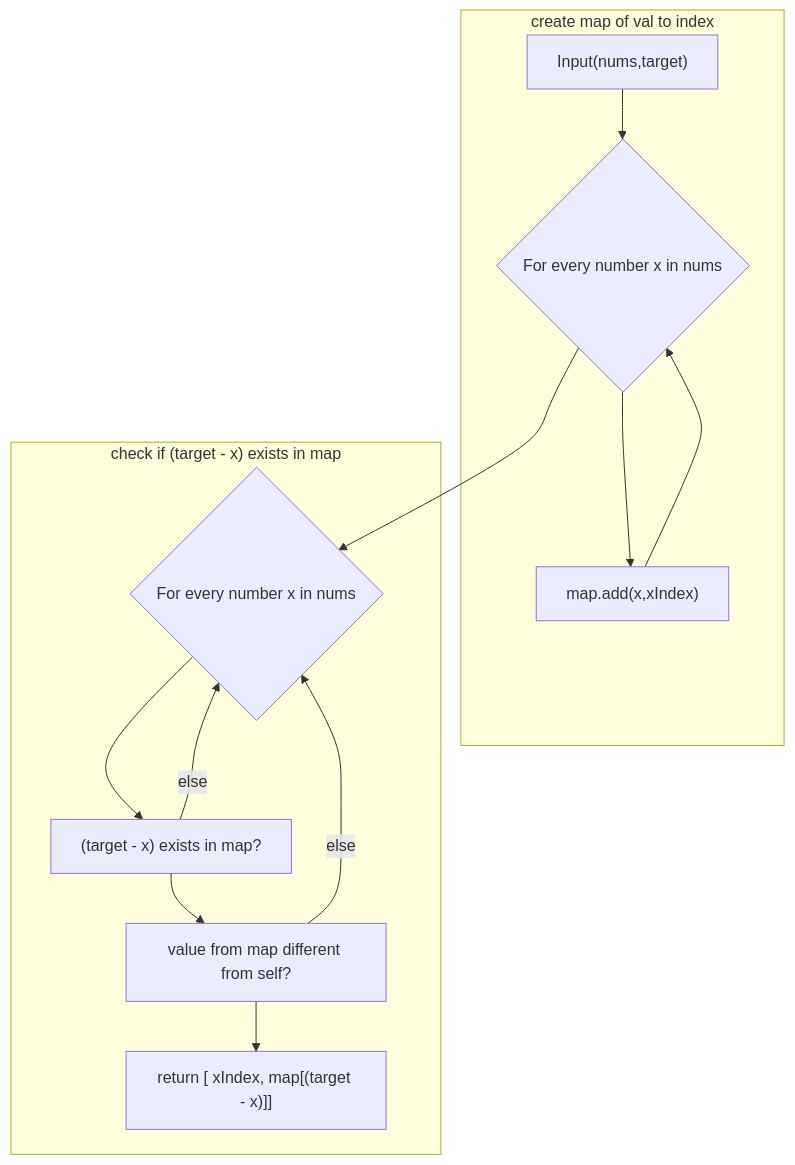
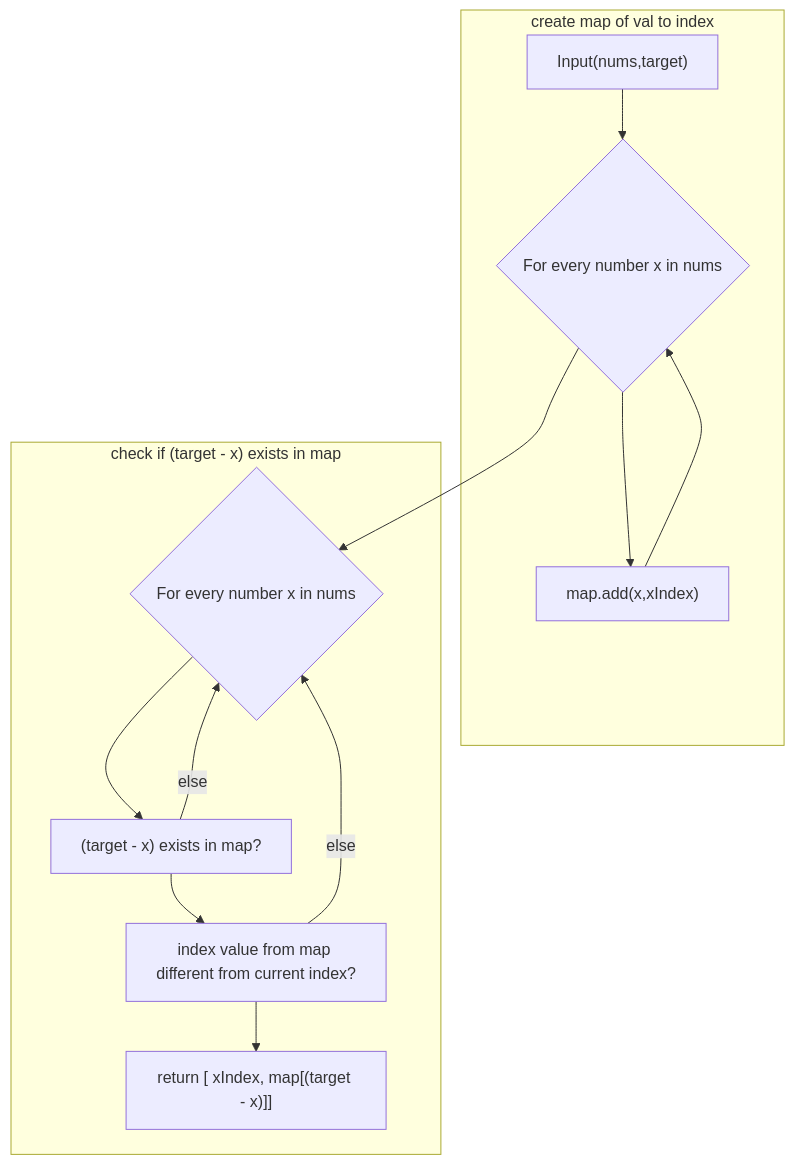
Before and after one commit to briansunter/site: the diagram in site/notes/two-sum.md, drawn with Mermaid.

Commit message:
leetcode

````diff
--- a/site/notes/two-sum.md
+++ b/site/notes/two-sum.md
@@ -51,16 +51,16 @@
 ```mermaid 
 graph TD;
     subgraph "create map of val to index";
     A["Input(nums,target)"] --> B{For every number x in nums};
     B --> H["map.add(x,xIndex)"];
     H --> B;
     end;
     subgraph "check if (target - x) exists in map";
     B --> C{For every number x in nums};
     C --> E["(target - x)  exists in map?"];
     E --> |else| C;
-    E -->  F["value from map different from self?"];
+    E -->  F["index value from map different from current index?"];
     F --> |else| C;
     F --> G["return [ xIndex, map[(target - x)]]"];
     end;
 ```
````
